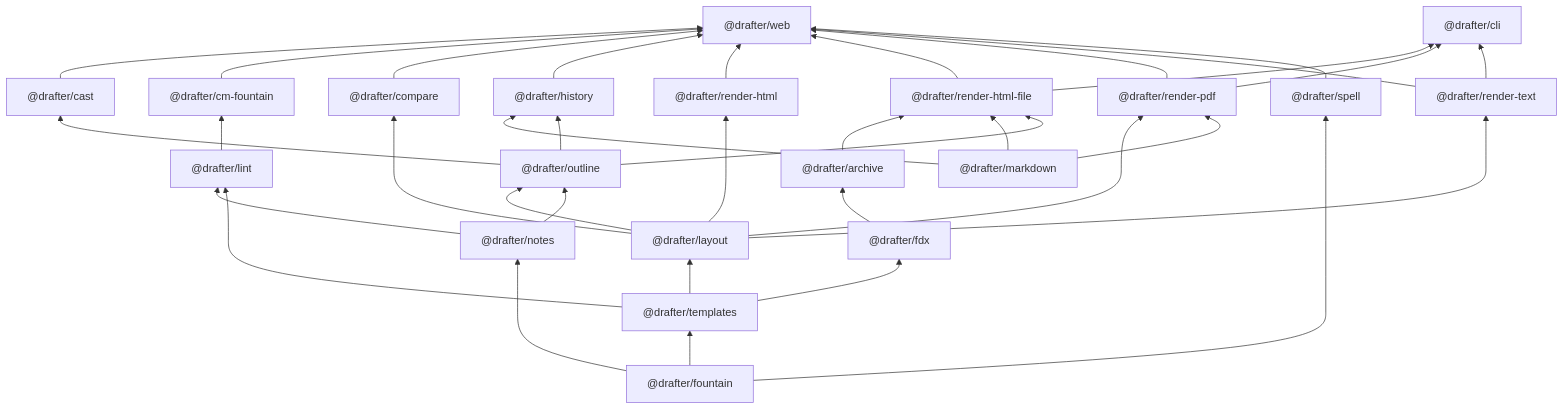
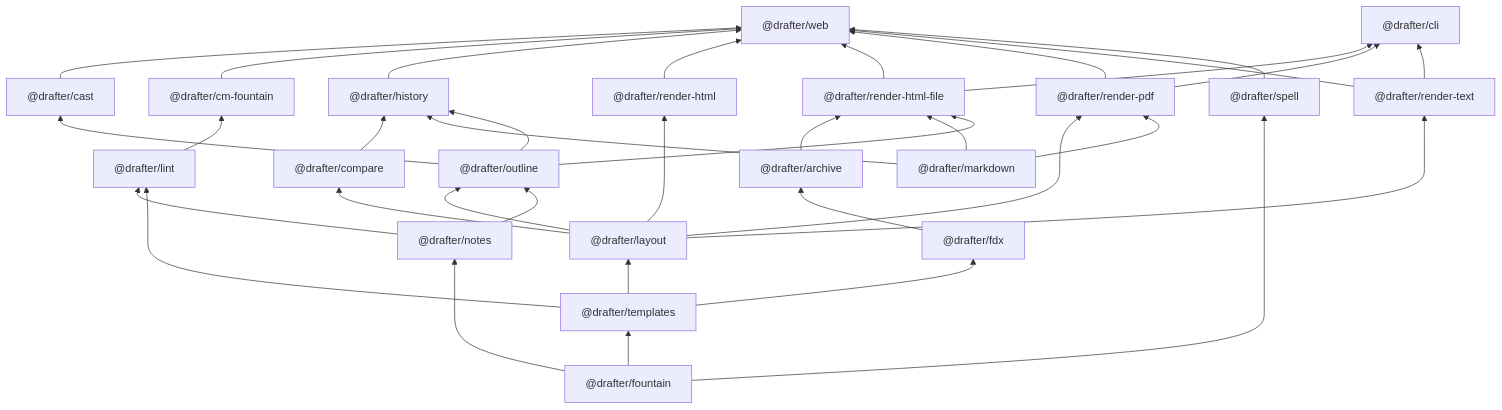
One commit to cschweda/drafter changed the first of 5 diagrams in docs/technical-details.md. Above: the diagram before and after it, drawn with Mermaid. The commit also changed 15 other files, not shown here.

````diff
--- a/docs/technical-details.md
+++ b/docs/technical-details.md
@@ -36,57 +36,57 @@
 ```mermaid
 flowchart BT
   web["@drafter/web"]
   cli["@drafter/cli"]
   cm_fountain["@drafter/cm-fountain"]
   outline["@drafter/outline"]
   compare["@drafter/compare"]
   history["@drafter/history"]
   cast["@drafter/cast"]
   render_pdf["@drafter/render-pdf"]
   render_html["@drafter/render-html"]
   render_html_file["@drafter/render-html-file"]
   render_text["@drafter/render-text"]
   layout["@drafter/layout"]
   lint["@drafter/lint"]
   fdx["@drafter/fdx"]
   archive["@drafter/archive"]
   templates["@drafter/templates"]
   notes["@drafter/notes"]
   spell["@drafter/spell"]
   markdown["@drafter/markdown"]
   fountain["@drafter/fountain"]
   cast --> web
   cm_fountain --> web
-  compare --> web
   history --> web
   render_html --> web
   render_html_file --> web
   render_pdf --> web
   render_text --> web
   spell --> web
   render_html_file --> cli
   render_pdf --> cli
   render_text --> cli
   lint --> cm_fountain
   layout --> outline
   notes --> outline
   layout --> compare
+  compare --> history
   markdown --> history
   outline --> history
   outline --> cast
   layout --> render_pdf
   markdown --> render_pdf
   layout --> render_html
   archive --> render_html_file
   markdown --> render_html_file
   outline --> render_html_file
   layout --> render_text
   templates --> layout
   notes --> lint
   templates --> lint
   templates --> fdx
   fdx --> archive
   fountain --> templates
   fountain --> notes
   fountain --> spell
 ```
````
